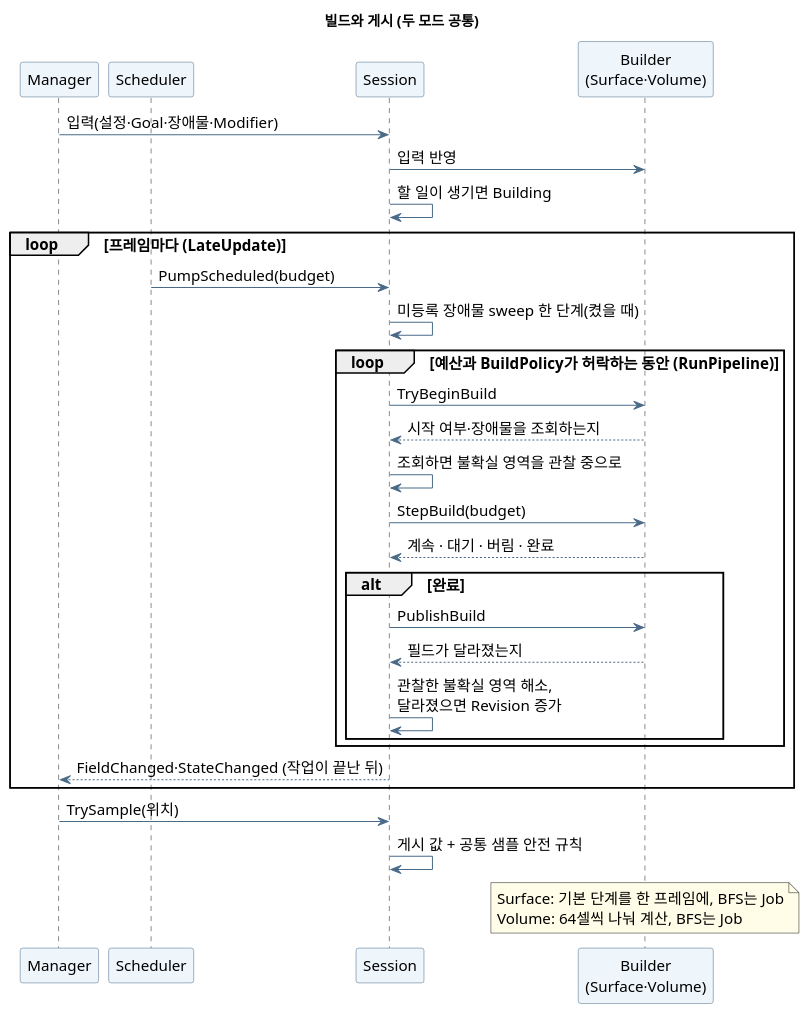
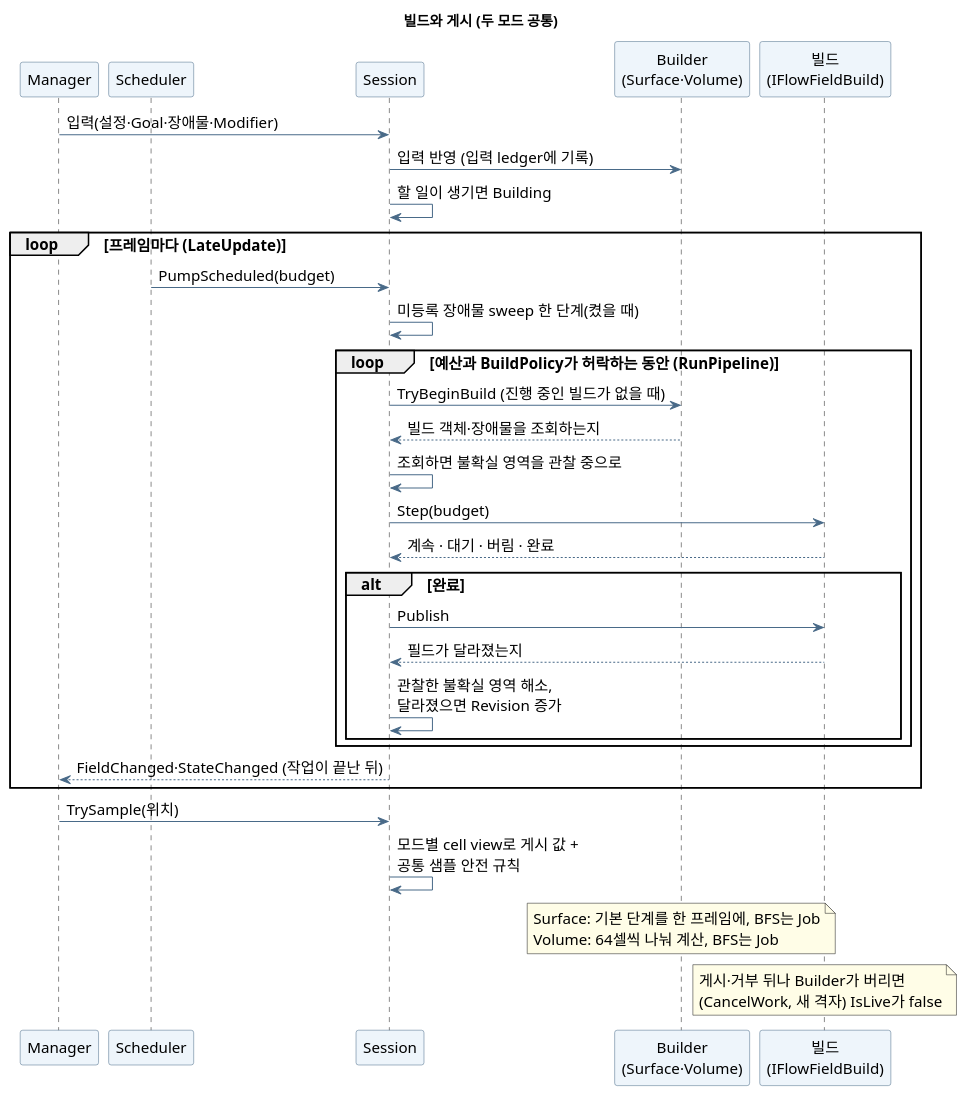
Before and after one commit to youwonsock/tool-unity-editor: the diagram in ToyProject/Assets/_FlowField/Docs/flowfield-pipeline.puml, drawn with PlantUML. The commit also changed 5 other files, not shown here.

```diff
--- a/ToyProject/Assets/_FlowField/Docs/flowfield-pipeline.puml
+++ b/ToyProject/Assets/_FlowField/Docs/flowfield-pipeline.puml
@@ -1,42 +1,47 @@
 @startuml flowfield-pipeline
 skinparam shadowing false
 skinparam defaultFontName "Apple SD Gothic Neo"
 skinparam defaultFontSize 15
 skinparam ArrowColor #496A88
 skinparam ParticipantBackgroundColor #EEF5FB
 skinparam ParticipantBorderColor #496A88
 skinparam NoteBackgroundColor #FFFDE7
 title 빌드와 게시 (두 모드 공통)
 
 participant "Manager" as M
 participant "Scheduler" as Q
 participant "Session" as S
 participant "Builder\n(Surface·Volume)" as B
+participant "빌드\n(IFlowFieldBuild)" as D
 
 M -> S : 입력(설정·Goal·장애물·Modifier)
-S -> B : 입력 반영
+S -> B : 입력 반영 (입력 ledger에 기록)
 S -> S : 할 일이 생기면 Building
 loop 프레임마다 (LateUpdate)
   Q -> S : PumpScheduled(budget)
   S -> S : 미등록 장애물 sweep 한 단계(켰을 때)
   loop 예산과 BuildPolicy가 허락하는 동안 (RunPipeline)
-    S -> B : TryBeginBuild
-    B --> S : 시작 여부·장애물을 조회하는지
+    S -> B : TryBeginBuild (진행 중인 빌드가 없을 때)
+    B --> S : 빌드 객체·장애물을 조회하는지
     S -> S : 조회하면 불확실 영역을 관찰 중으로
-    S -> B : StepBuild(budget)
-    B --> S : 계속 · 대기 · 버림 · 완료
+    S -> D : Step(budget)
+    D --> S : 계속 · 대기 · 버림 · 완료
     alt 완료
-      S -> B : PublishBuild
-      B --> S : 필드가 달라졌는지
+      S -> D : Publish
+      D --> S : 필드가 달라졌는지
       S -> S : 관찰한 불확실 영역 해소,\n달라졌으면 Revision 증가
     end
   end
   S --> M : FieldChanged·StateChanged (작업이 끝난 뒤)
 end
 M -> S : TrySample(위치)
-S -> S : 게시 값 + 공통 샘플 안전 규칙
+S -> S : 모드별 cell view로 게시 값 +\n공통 샘플 안전 규칙
 note over B
   Surface: 기본 단계를 한 프레임에, BFS는 Job
   Volume: 64셀씩 나눠 계산, BFS는 Job
 end note
+note over D
+  게시·거부 뒤나 Builder가 버리면
+  (CancelWork, 새 격자) IsLive가 false
+end note
 @enduml
```
